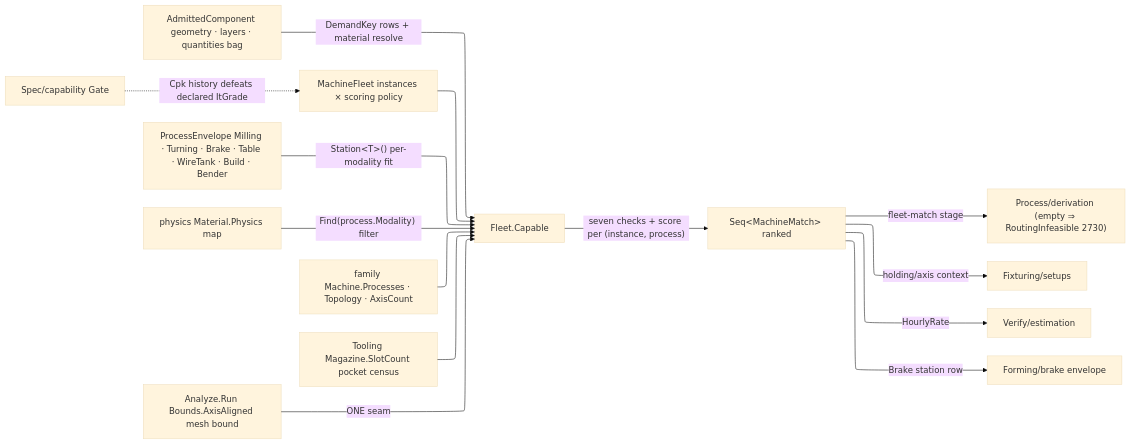
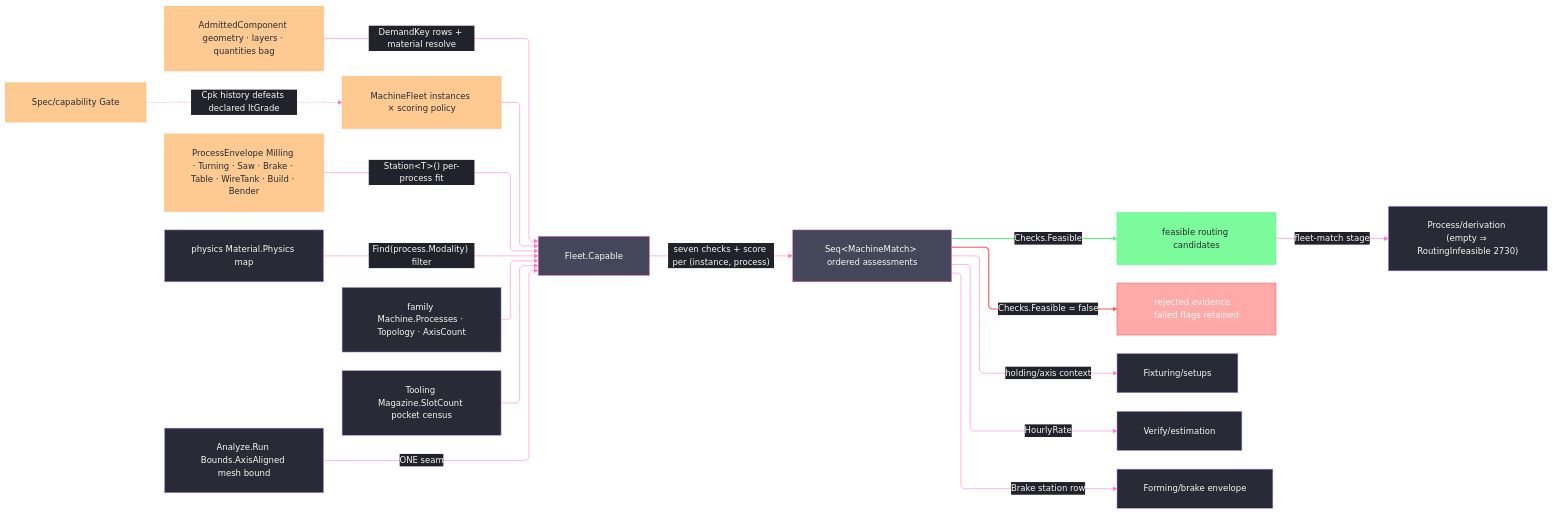
Before and after one commit to bsamiee/Rasm: the diagram in libs/csharp/Rasm.Fabrication/.planning/Kinematics/fleet.md, drawn with Mermaid. The commit also changed other lines of this file and 128 other files, not shown here.

````diff
--- a/libs/csharp/Rasm.Fabrication/.planning/Kinematics/fleet.md
+++ b/libs/csharp/Rasm.Fabrication/.planning/Kinematics/fleet.md
@@ -240,21 +390,56 @@
 ```mermaid
 ---
 config:
+  theme: base
+  look: classic
   layout: elk
-  theme: base
+  flowchart:
+    curve: linear
+    padding: 25
+  themeVariables:
+    darkMode: true
+    fontFamily: "SF Mono, Menlo, Cascadia Mono, Segoe UI Mono, Consolas, monospace"
+    useGradient: false
+    dropShadow: "none"
+    background: "#282A36"
+    primaryColor: "#44475A"
+    primaryTextColor: "#F8F8F2"
+    primaryBorderColor: "#BD93F9"
+    lineColor: "#FF79C6"
+    textColor: "#F8F8F2"
+    edgeLabelBackground: "#21222C"
+    labelBackgroundColor: "#21222C"
+  themeCSS: ".nodeLabel{font-size:13px;font-weight:500}.edgeLabel{font-size:12px;font-weight:500}.cluster-label .nodeLabel{font-size:13.5px;font-weight:700;letter-spacing:.08em}.edge-thickness-normal{stroke-width:2px}.edge-thickness-thick{stroke-width:3px}.edge-pattern-dashed,.edge-pattern-dotted{stroke-width:1.5px;stroke-dasharray:4 6}.node rect,.node circle,.node polygon,.node path,.node .outer-path{stroke-width:1.5px;filter:none!important}.cluster rect{stroke-width:1px!important;stroke-dasharray:5 4!important;filter:none!important}.marker path{transform:scale(.8);transform-origin:5px 5px}.marker circle{transform:scale(.48);transform-origin:5px 5px}.edgeLabel rect{transform-box:fill-box;transform-origin:center;transform:scale(1.1,1.2)}"
 ---
 flowchart LR
+    accTitle: Machine-fleet capability assessment
+    accDescr: Fleet.Capable preserves rejected checks and ranks feasible machine-process pairs by excess capability.
     Component["AdmittedComponent geometry · layers · quantities bag"] -->|DemandKey rows + material resolve| Capable["Fleet.Capable"]
     Registry["MachineFleet instances × scoring policy"] --> Capable
-    Stations["ProcessEnvelope Milling · Turning · Brake · Table · WireTank · Build · Bender"] -->|"Station&lt;T&gt;() per-modality fit"| Capable
+    Stations["ProcessEnvelope Milling · Turning · Saw · Brake · Table · WireTank · Build · Bender"] -->|"Station&lt;T&gt;() per-process fit"| Capable
     Physics["physics Material.Physics map"] -->|"Find(process.Modality) filter"| Capable
     Family["family Machine.Processes · Topology · AxisCount"] --> Capable
     Magazine["Tooling Magazine.SlotCount pocket census"] --> Capable
     Kernel["Analyze.Run Bounds.AxisAligned mesh bound"] -->|ONE seam| Capable
-    Capable -->|"seven checks + score per (instance, process)"| Matches["Seq&lt;MachineMatch&gt; ranked"]
-    Matches -->|fleet-match stage| Derivation["Process/derivation (empty ⇒ RoutingInfeasible 2730)"]
+    Capable -->|"seven checks + score per (instance, process)"| Matches["Seq&lt;MachineMatch&gt; ordered assessments"]
+    Matches -->|Checks.Feasible| Feasible["feasible routing candidates"]
+    Matches -->|"Checks.Feasible = false"| Rejected["rejected evidence · failed flags retained"]
+    Feasible -->|fleet-match stage| Derivation["Process/derivation (empty ⇒ RoutingInfeasible 2730)"]
     Matches -->|holding/axis context| Setups["Fixturing/setups"]
     Matches -->|HourlyRate| Estimation["Verify/estimation"]
     Matches -->|Brake station row| Brake["Forming/brake envelope"]
     Capability["Spec/capability Gate"] -.->|Cpk history defeats declared ItGrade| Registry
+    class Component,Registry,Stations,Capability data
+    class Capable primary
+    class Physics,Family,Magazine,Kernel,Derivation,Setups,Estimation,Brake boundary
+    class Matches primary
+    class Feasible success
+    class Rejected error
+    classDef primary fill:#44475A,stroke:#FF79C6,color:#F8F8F2
+    classDef success fill:#50FA7BBF,stroke:#50FA7B,color:#282A36
+    classDef data fill:#FFB86CBF,stroke:#FFB86C,color:#282A36
+    classDef boundary fill:#282A36,stroke:#BD93F9,color:#F8F8F2
+    classDef error fill:#FF555580,stroke:#FF5555,color:#F8F8F2
+    linkStyle 8 stroke:#50FA7B,stroke-width:2px
+    linkStyle 9 stroke:#FF5555,stroke-width:2px
 ```
````
